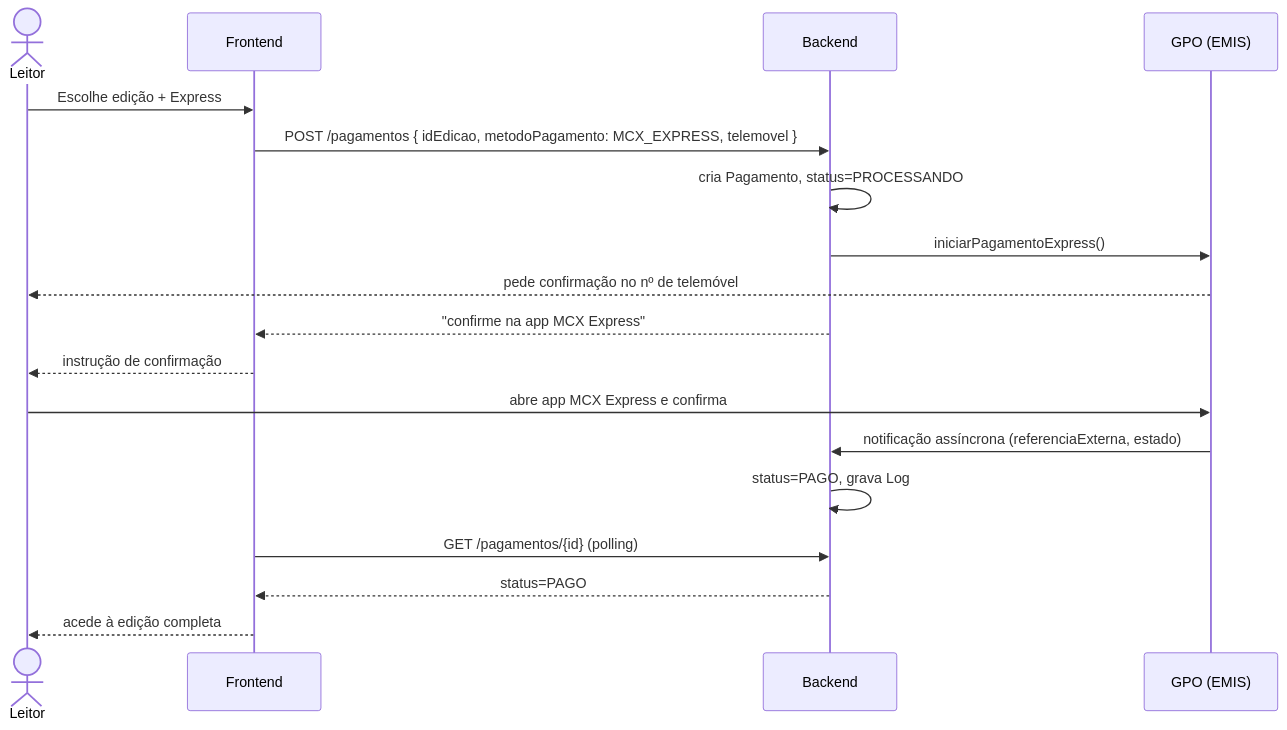
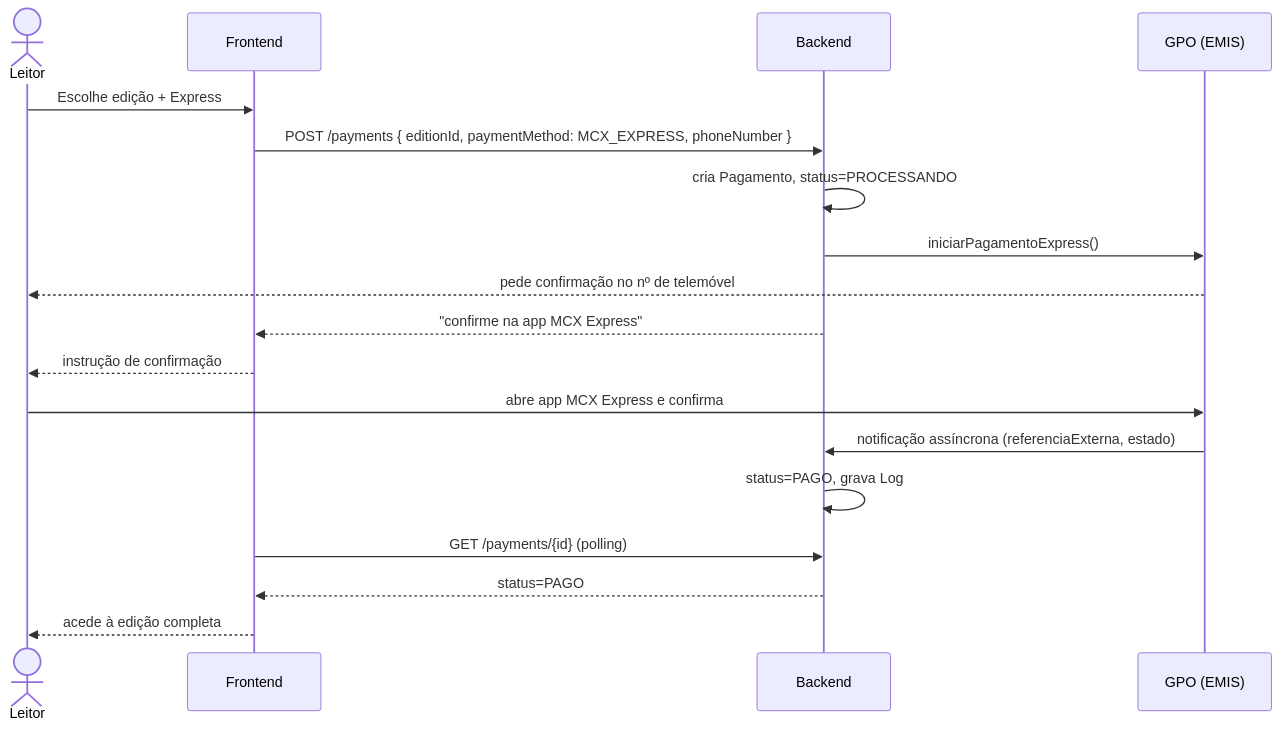
The first of 4 diagrams in concept/06-diagrams/ds-payment.md (fititel-editorial/digital.zine), drawn with Mermaid before and after one commit. The commit also changed other lines of this file and 18 other files, not shown here.

````diff
--- a/concept/06-diagrams/ds-payment.md
+++ b/concept/06-diagrams/ds-payment.md
@@ -7,23 +7,23 @@
 ```mermaid
 sequenceDiagram
     actor Leitor
     participant Frontend
     participant Backend
     participant GPO as GPO (EMIS)
 
     Leitor->>Frontend: Escolhe edição + Express
-    Frontend->>Backend: POST /pagamentos { idEdicao, metodoPagamento: MCX_EXPRESS, telemovel }
+    Frontend->>Backend: POST /payments { editionId, paymentMethod: MCX_EXPRESS, phoneNumber }
     Backend->>Backend: cria Pagamento, status=PROCESSANDO
     Backend->>GPO: iniciarPagamentoExpress()
     GPO-->>Leitor: pede confirmação no nº de telemóvel
     Backend-->>Frontend: "confirme na app MCX Express"
     Frontend-->>Leitor: instrução de confirmação
 
     Leitor->>GPO: abre app MCX Express e confirma
     GPO->>Backend: notificação assíncrona (referenciaExterna, estado)
     Backend->>Backend: status=PAGO, grava Log
 
-    Frontend->>Backend: GET /pagamentos/{id} (polling)
+    Frontend->>Backend: GET /payments/{id} (polling)
     Backend-->>Frontend: status=PAGO
     Frontend-->>Leitor: acede à edição completa
 ```
````
